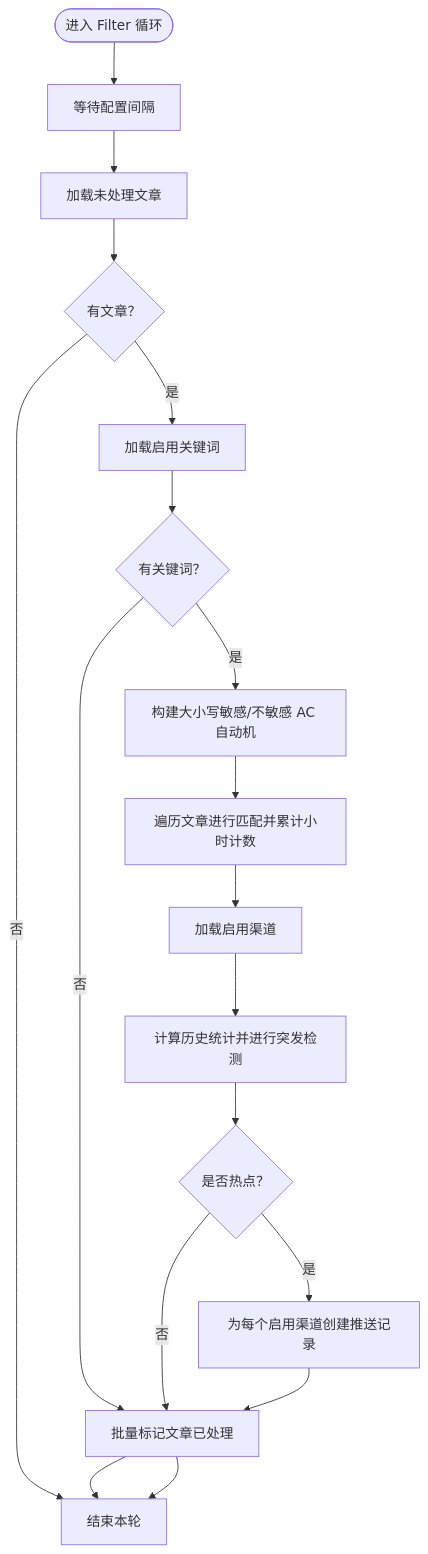
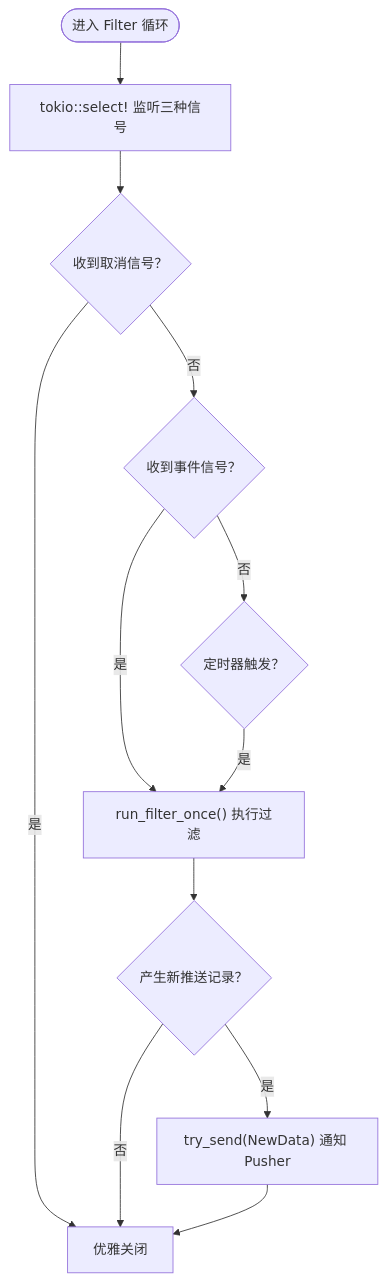
The fifth of 10 diagrams in .qoder/repowiki/zh/content/系统架构设计/系统架构设计.md (leimu-hue/AI-Trend-Tool), drawn with Mermaid before and after one commit. The commit also changed other lines of this file and 74 other files, not shown here.

````diff
--- a/.qoder/repowiki/zh/content/系统架构设计/系统架构设计.md
+++ b/.qoder/repowiki/zh/content/系统架构设计/系统架构设计.md
@@ -176,19 +234,14 @@
 ```mermaid
 flowchart TD
-S(["进入 Filter 循环"]) --> SleepF["等待配置间隔"]
-SleepF --> LoadArticles["加载未处理文章"]
-LoadArticles --> ArticlesEmpty{"有文章？"}
-ArticlesEmpty --> |否| EndF["结束本轮"]
-ArticlesEmpty --> |是| LoadKeywords["加载启用关键词"]
-LoadKeywords --> KEmpty{"有关键词？"}
-KEmpty --> |否| MarkProcessed["批量标记文章已处理"] --> EndF
-KEmpty --> |是| BuildAC["构建大小写敏感/不敏感 AC 自动机"]
-BuildAC --> MatchAcc["遍历文章进行匹配并累计小时计数"]
-MatchAcc --> LoadChannels["加载启用渠道"]
-LoadChannels --> Detect["计算历史统计并进行突发检测"]
-Detect --> IsHotspot{"是否热点？"}
-IsHotspot --> |否| MarkProcessed
-IsHotspot --> |是| CreateRecords["为每个启用渠道创建推送记录"]
-CreateRecords --> MarkProcessed
-MarkProcessed --> EndF
+S(["进入 Filter 循环"]) --> SelectF["tokio::select! 监听三种信号"]
+SelectF --> CancelF{"收到取消信号？"}
+CancelF --> |是| EndF["优雅关闭"]
+CancelF --> |否| Signal{"收到事件信号？"}
+Signal --> |是| Process["run_filter_once() 执行过滤"]
+Signal --> |否| IntervalF{"定时器触发？"}
+IntervalF --> |是| Process
+Process --> HasNew{"产生新推送记录？"}
+HasNew --> |是| NotifyF["try_send(NewData) 通知 Pusher"]
+HasNew --> |否| EndF
+NotifyF --> EndF
 ```
````
